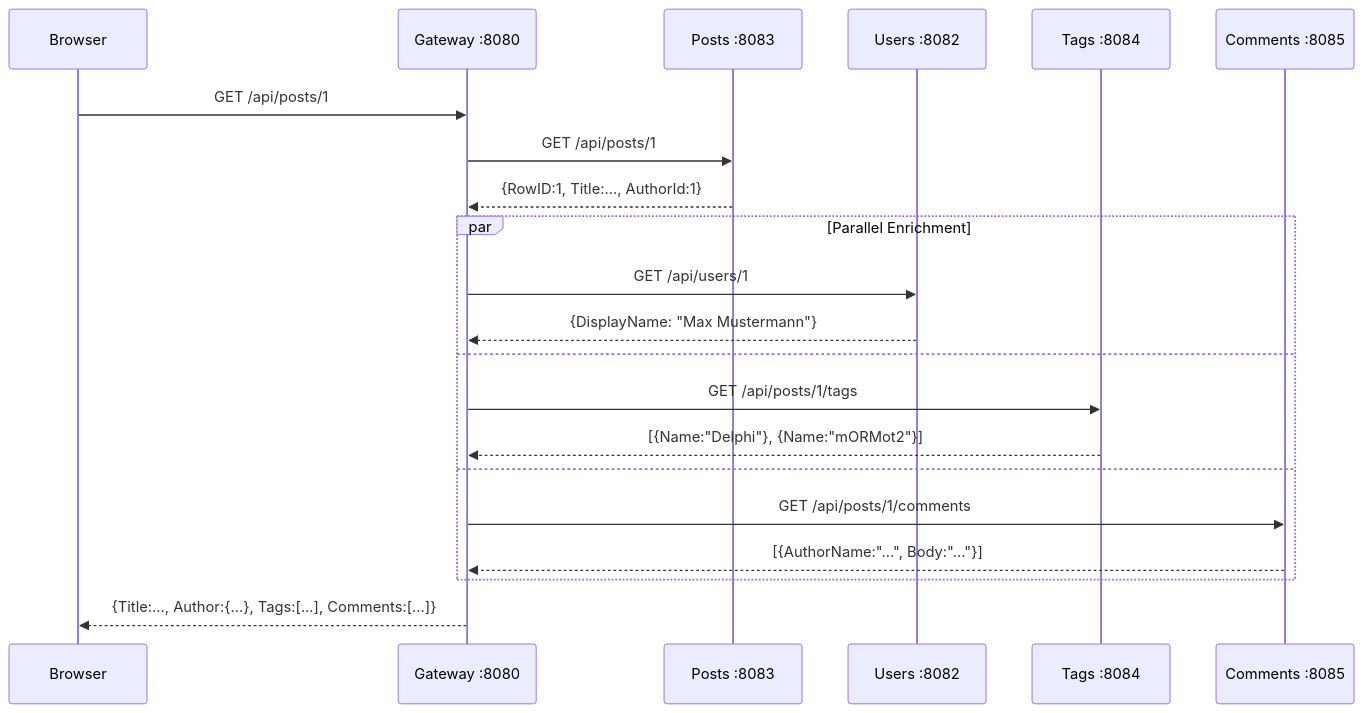
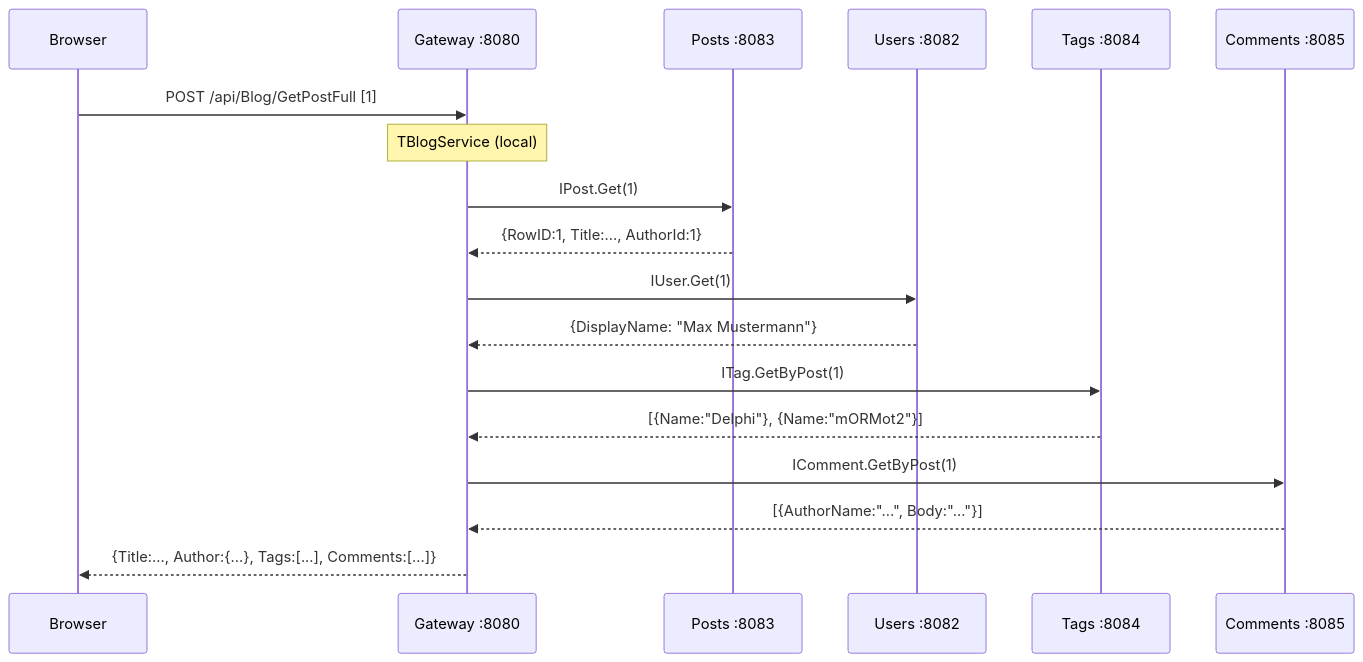
Before and after one commit to sakura1977/mormot2-microservices-blog-sample: the third of 9 diagrams in architecture.md, drawn with Mermaid. The commit also changed other lines of this file and 5 other files, not shown here.

````diff
--- a/architecture.md
+++ b/architecture.md
@@ -97,26 +118,21 @@
 ```mermaid
 sequenceDiagram
     participant B as Browser
     participant GW as Gateway :8080
     participant P as Posts :8083
     participant U as Users :8082
     participant T as Tags :8084
     participant C as Comments :8085
 
-    B->>GW: GET /api/posts/1
-    GW->>P: GET /api/posts/1
+    B->>GW: POST /api/Blog/GetPostFull [1]
+    Note over GW: TBlogService (local)
+    GW->>P: IPost.Get(1)
     P-->>GW: {RowID:1, Title:..., AuthorId:1}
-
-    par Parallel Enrichment
-        GW->>U: GET /api/users/1
-        U-->>GW: {DisplayName: "Max Mustermann"}
-    and
-        GW->>T: GET /api/posts/1/tags
-        T-->>GW: [{Name:"Delphi"}, {Name:"mORMot2"}]
-    and
-        GW->>C: GET /api/posts/1/comments
-        C-->>GW: [{AuthorName:"...", Body:"..."}]
-    end
-
+    GW->>U: IUser.Get(1)
+    U-->>GW: {DisplayName: "Max Mustermann"}
+    GW->>T: ITag.GetByPost(1)
+    T-->>GW: [{Name:"Delphi"}, {Name:"mORMot2"}]
+    GW->>C: IComment.GetByPost(1)
+    C-->>GW: [{AuthorName:"...", Body:"..."}]
     GW-->>B: {Title:..., Author:{...}, Tags:[...], Comments:[...]}
 ```
````
